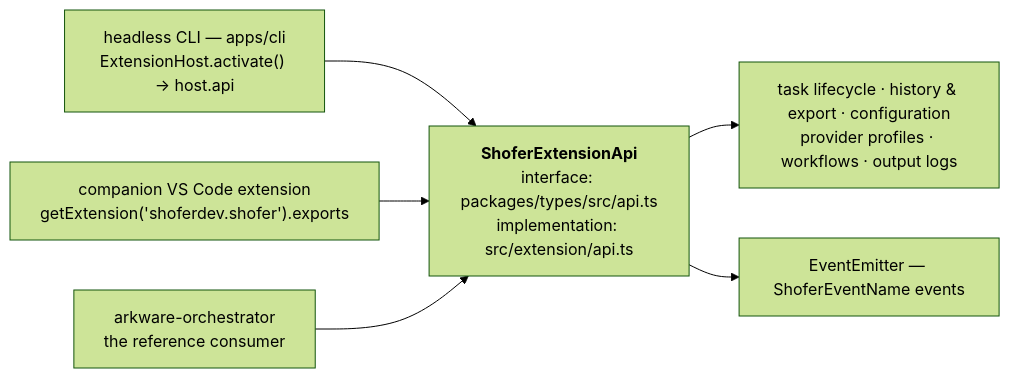
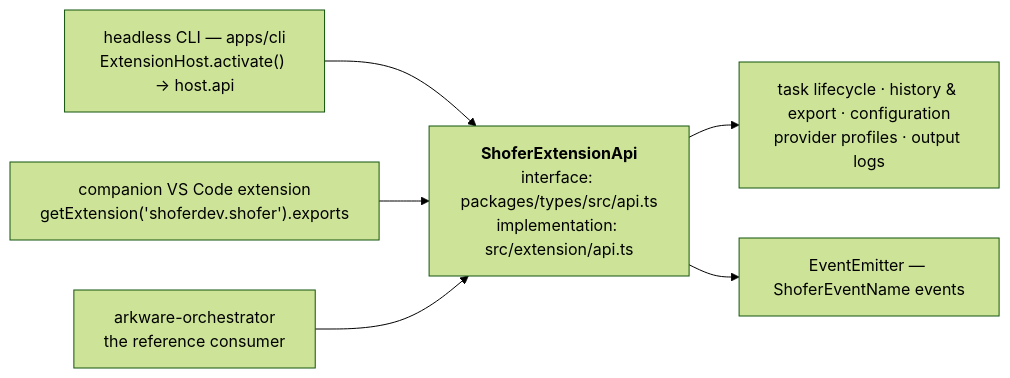
The sixth of 8 diagrams in docs/shofer-api.md (shofer-dev/shofer), drawn with Mermaid (forest theme) before and after one commit. The commit also changed other lines of this file and 18 other files, not shown here.

````diff
--- a/docs/shofer-api.md
+++ b/docs/shofer-api.md
@@ -724,17 +725,17 @@
 ```mermaid
 flowchart LR
     CLI["headless CLI — apps/cli<br/>ExtensionHost.activate() → host.api"]
     COMP["companion VS Code extension<br/>getExtension('shoferdev.shofer').exports"]
     ORCH["arkware-orchestrator<br/>the reference consumer"]
 
     API["<b>ShoferExtensionApi</b><br/>interface: packages/types/src/api.ts<br/>implementation: src/extension/api.ts"]
 
-    SURF["task lifecycle · history &amp; export · configuration<br/>provider profiles · workflows · output logs"]
+    SURF["task lifecycle · history &amp; export · configuration<br/>provider profiles · output logs"]
     EV["EventEmitter — ShoferEventName events"]
 
     CLI --> API
     COMP --> API
     ORCH --> API
     API --> SURF
     API --> EV
 ```
````
